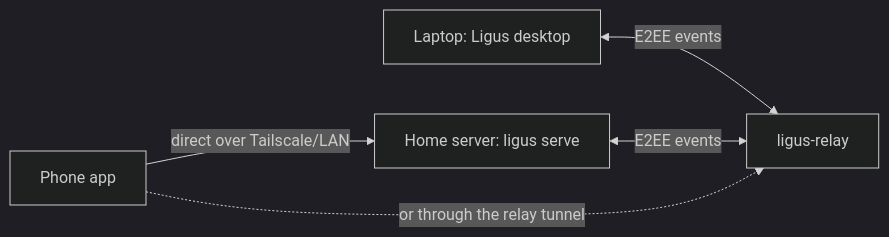
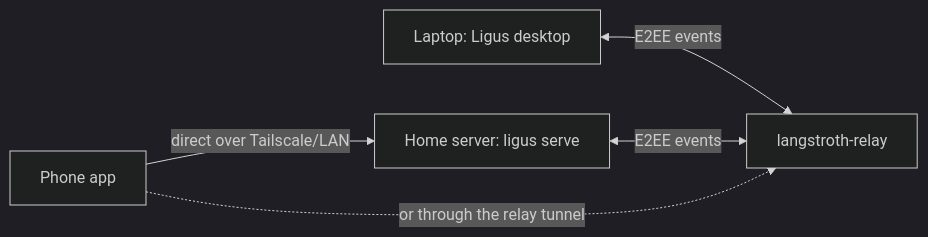
The diagram in docs-site/docs/operate/deploy/personal-fleet.md (langstroth-ai/ligus), drawn with Mermaid (dark theme) before and after one commit. The commit also changed other lines of this file and 99 other files, not shown here.

First line of the commit message:
Langstroth naming for infrastructure: langstroth-relay, langstroth-auth, langstroth-ai links

````diff
--- a/docs-site/docs/operate/deploy/personal-fleet.md
+++ b/docs-site/docs/operate/deploy/personal-fleet.md
@@ -9,7 +9,7 @@
 ```mermaid
 flowchart LR
-  Desk["Laptop: Ligus desktop"] <-->|"E2EE events"| Relay["ligus-relay"]
+  Desk["Laptop: Ligus desktop"] <-->|"E2EE events"| Relay["langstroth-relay"]
   Serve["Home server: ligus serve"] <-->|"E2EE events"| Relay
   Phone["Phone app"] -->|"direct over Tailscale/LAN"| Serve
   Phone -.->|"or through the relay tunnel"| Relay
 ```
````
